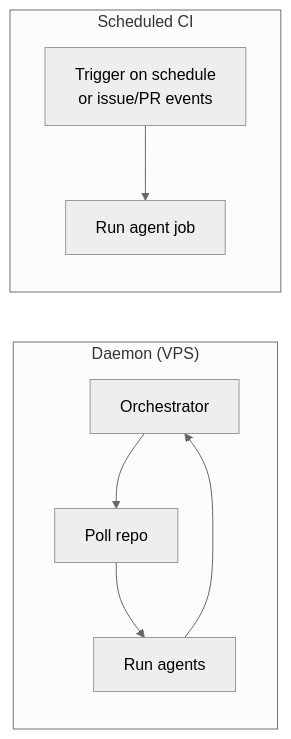
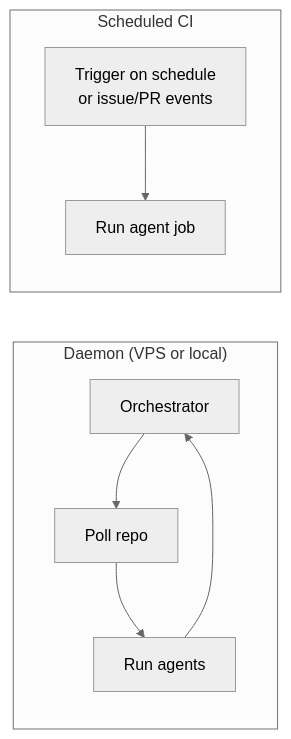
The sixth of 6 diagrams in README.md (nc1z/autonomous-agent-team-architecture), drawn with Mermaid (neutral theme) before and after one commit. The commit also changed other lines of this file, not shown here.

````diff
--- a/README.md
+++ b/README.md
@@ -195,15 +198,15 @@
 ```mermaid
 flowchart LR
-    subgraph OptionA["Daemon (VPS)"]
+    subgraph OptionA["Daemon (VPS or local)"]
         D1["Orchestrator"]
         D2["Poll repo"]
         D3["Run agents"]
         D1 --> D2 --> D3 --> D1
     end
 
     subgraph OptionB["Scheduled CI"]
         C1["Trigger on schedule\nor issue/PR events"]
         C2["Run agent job"]
         C1 --> C2
     end
 ```
````
